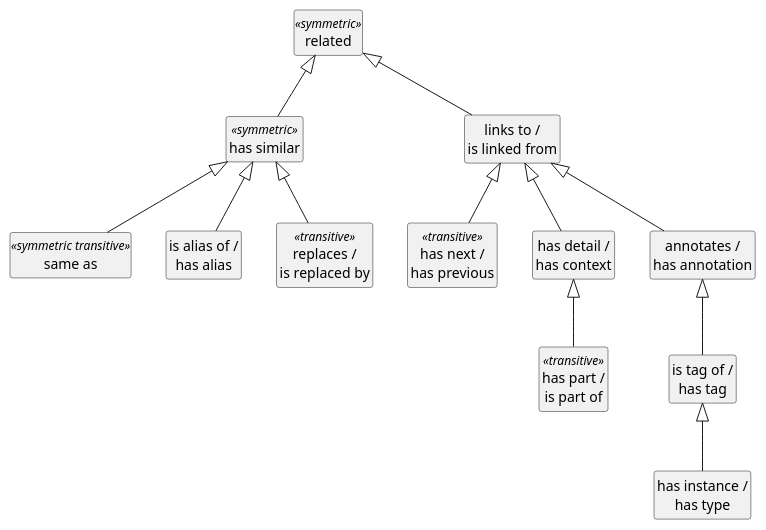
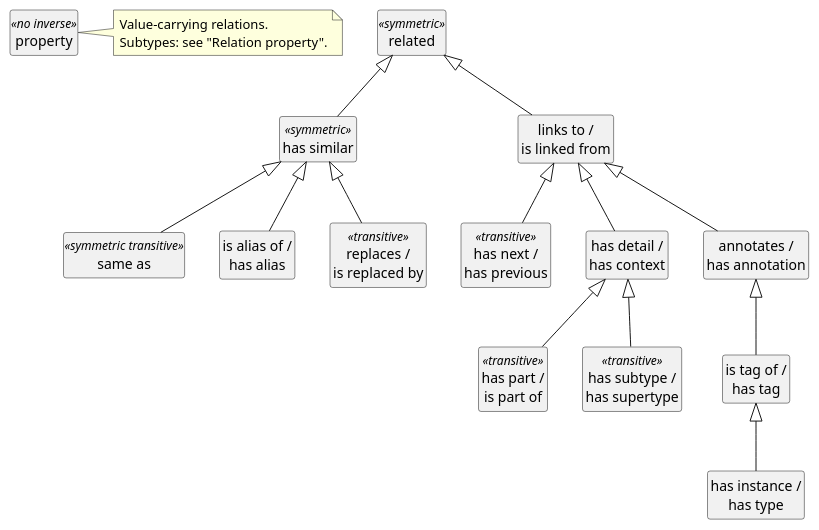
One commit to Calpano/ddot.it changed the second of 3 diagrams in site/spec/ddot-it-vocabulary.adoc. Above: the diagram before and after it, drawn with PlantUML. The commit also changed other lines of this file, not shown here.

Commit message:
Expand `ddot-it-vocabulary.adoc` with detailed explanations and structuring for monotonicity, top-level types, relations hierarchy, and built-ins.

```diff
--- a/site/spec/ddot-it-vocabulary.adoc
+++ b/site/spec/ddot-it-vocabulary.adoc
@@ -359,40 +459,47 @@
 [plantuml]
 ....
 hide empty members
 hide circle
 
 ' Each node is a "forward / inverse" pair. Convention: the FIRST (upper) name is the
 ' relation, the SECOND (lower) name its inverse. A single generalization edge encodes both,
 ' because a forward relation's supertype is always forward and an inverse's is always inverse.
 
 class related <<symmetric>>
+class property <<no inverse>>
+note right of property
+  Value-carrying relations.
+  Subtypes: see "Relation property".
+end note
 
 ' === identity / similarity branch (parent is symmetric, so no forward/inverse split)
 class has_similar as "has similar" <<symmetric>>
 class same_as as "same as" <<symmetric transitive>>
 class alias as "is alias of /\nhas alias"
 class replaces as "replaces /\nis replaced by" <<transitive>>
 
 ' === linking branch
 class linking as "links to /\nis linked from"
 class order as "has next /\nhas previous" <<transitive>>
 class detail as "has detail /\nhas context"
 class part as "has part /\nis part of" <<transitive>>
+class subtype as "has subtype /\nhas supertype" <<transitive>>
 class annotation as "annotates /\nhas annotation"
 class tag as "is tag of /\nhas tag"
 class instance as "has instance /\nhas type"
 
 ' === generalization = 'has supertype' (one edge = both directions)
 related <|-- has_similar
 has_similar <|-- same_as
 has_similar <|-- alias
 has_similar <|-- replaces
 
 related <|-- linking
 linking <|-- order
 linking <|-- detail
 detail  <|-- part
+detail  <|-- subtype
 linking <|-- annotation
 annotation <|-- tag
 tag <|-- instance
 ....
```
